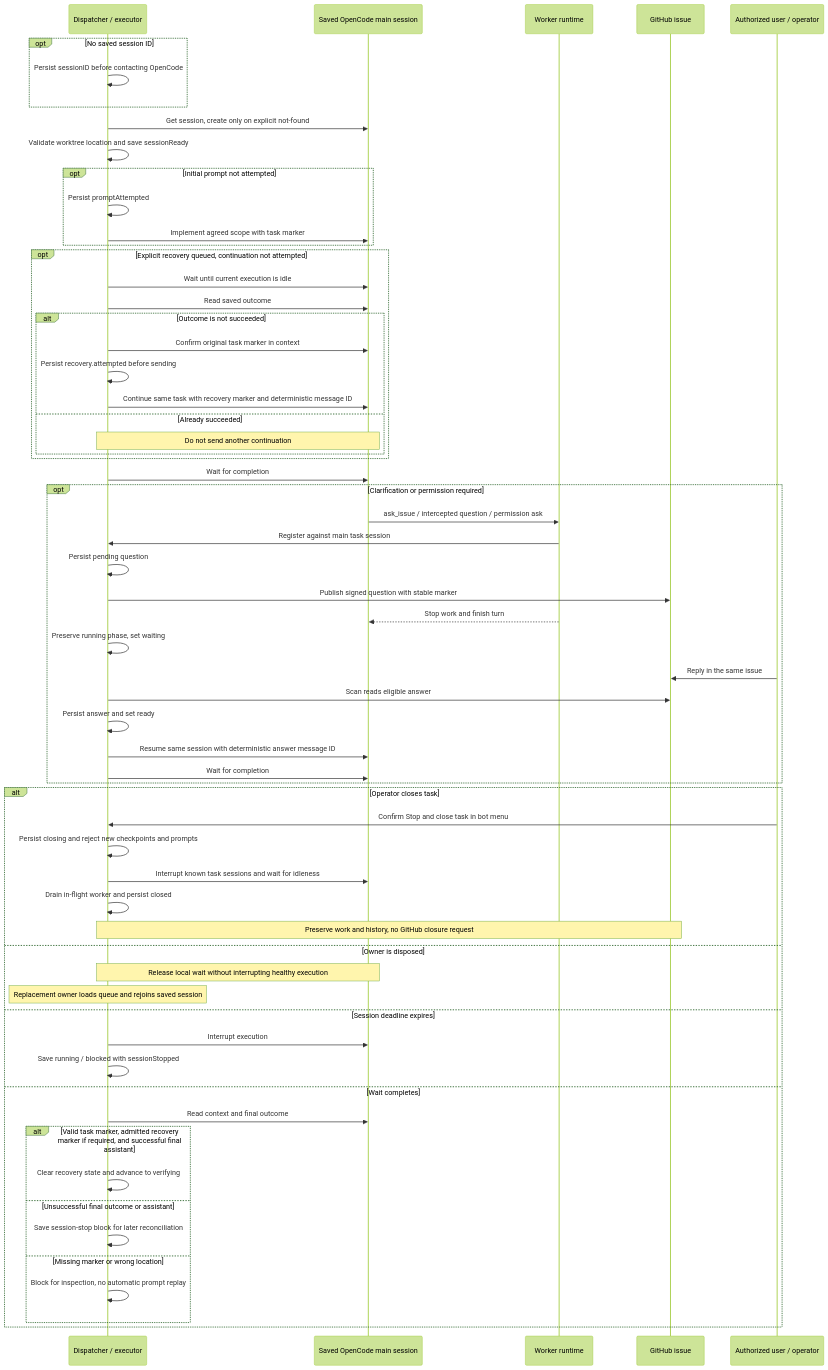
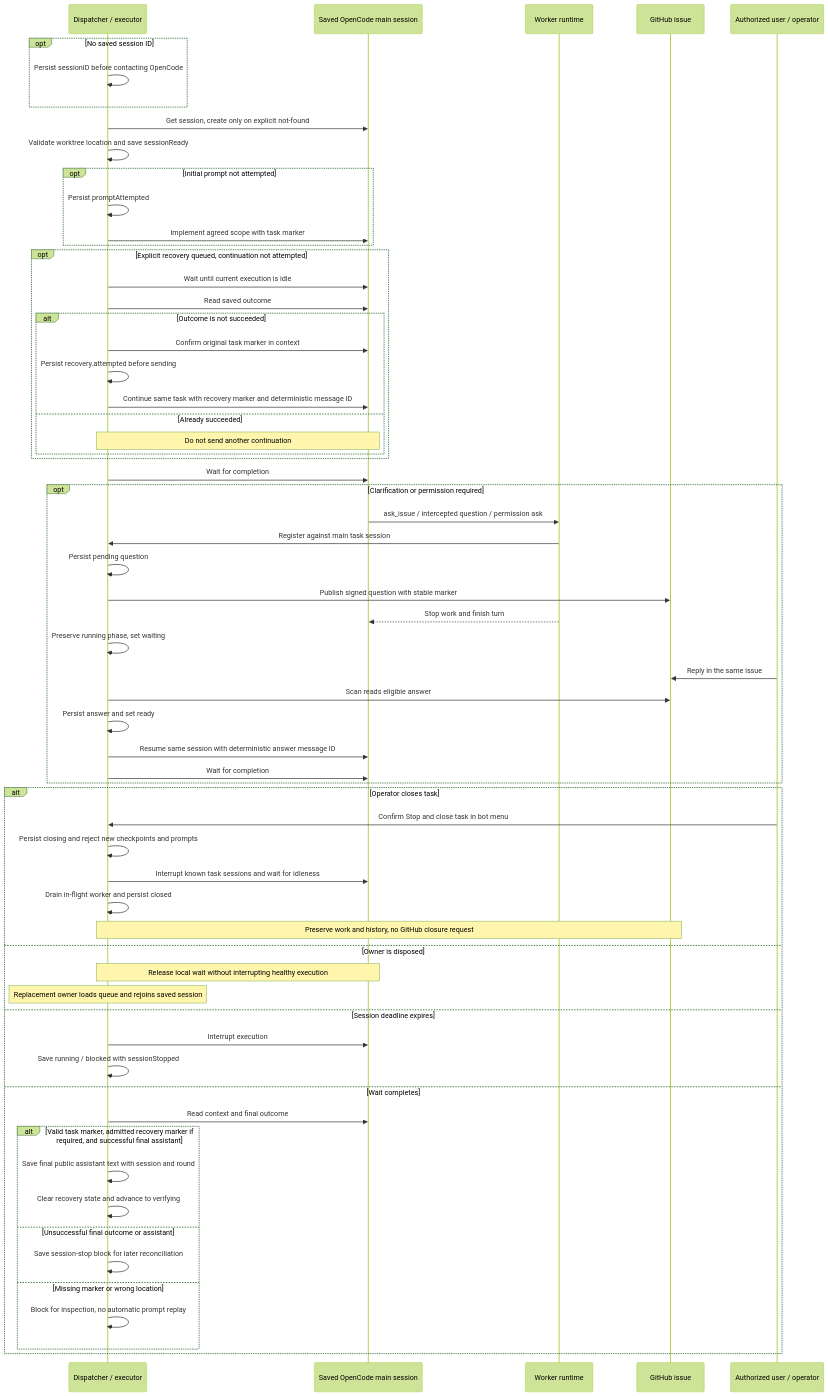
One commit to d3cker/opencode2-github-automation changed the fourth of 8 diagrams in docs/bot-workflow.md. Above: the diagram before and after it, drawn with Mermaid (forest theme). The commit also changed other lines of this file and 14 other files, not shown here.

````diff
--- a/docs/bot-workflow.md
+++ b/docs/bot-workflow.md
@@ -258,64 +259,65 @@
 ```mermaid
 sequenceDiagram
     participant D as Dispatcher / executor
     participant S as Saved OpenCode main session
     participant R as Worker runtime
     participant G as GitHub issue
     participant U as Authorized user / operator
     opt No saved session ID
         D->>D: Persist sessionID before contacting OpenCode
     end
     D->>S: Get session, create only on explicit not-found
     D->>D: Validate worktree location and save sessionReady
     opt Initial prompt not attempted
         D->>D: Persist promptAttempted
         D->>S: Implement agreed scope with task marker
     end
     opt Explicit recovery queued, continuation not attempted
         D->>S: Wait until current execution is idle
         D->>S: Read saved outcome
         alt Outcome is not succeeded
             D->>S: Confirm original task marker in context
             D->>D: Persist recovery.attempted before sending
             D->>S: Continue same task with recovery marker and deterministic message ID
         else Already succeeded
             Note over D,S: Do not send another continuation
         end
     end
     D->>S: Wait for completion
     opt Clarification or permission required
         S->>R: ask_issue / intercepted question / permission ask
         R->>D: Register against main task session
         D->>D: Persist pending question
         D->>G: Publish signed question with stable marker
         R-->>S: Stop work and finish turn
         D->>D: Preserve running phase, set waiting
         U->>G: Reply in the same issue
         D->>G: Scan reads eligible answer
         D->>D: Persist answer and set ready
         D->>S: Resume same session with deterministic answer message ID
         D->>S: Wait for completion
     end
     alt Operator closes task
         U->>D: Confirm Stop and close task in bot menu
         D->>D: Persist closing and reject new checkpoints and prompts
         D->>S: Interrupt known task sessions and wait for idleness
         D->>D: Drain in-flight worker and persist closed
         Note over D,G: Preserve work and history, no GitHub closure request
     else Owner is disposed
         Note over D,S: Release local wait without interrupting healthy execution
         Note over D: Replacement owner loads queue and rejoins saved session
     else Session deadline expires
         D->>S: Interrupt execution
         D->>D: Save running / blocked with sessionStopped
     else Wait completes
         D->>S: Read context and final outcome
         alt Valid task marker, admitted recovery marker if required, and successful final assistant
+            D->>D: Save final public assistant text with session and round
             D->>D: Clear recovery state and advance to verifying
         else Unsuccessful final outcome or assistant
             D->>D: Save session-stop block for later reconciliation
         else Missing marker or wrong location
             D->>D: Block for inspection, no automatic prompt replay
         end
     end
 ```
````
